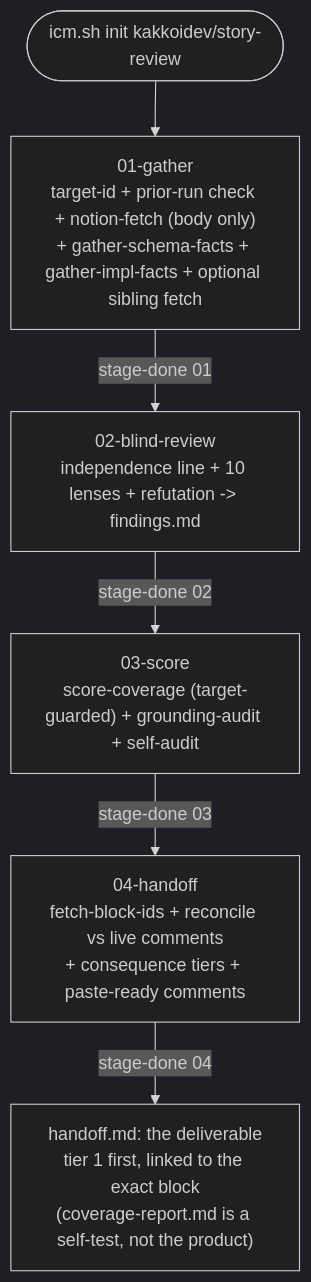
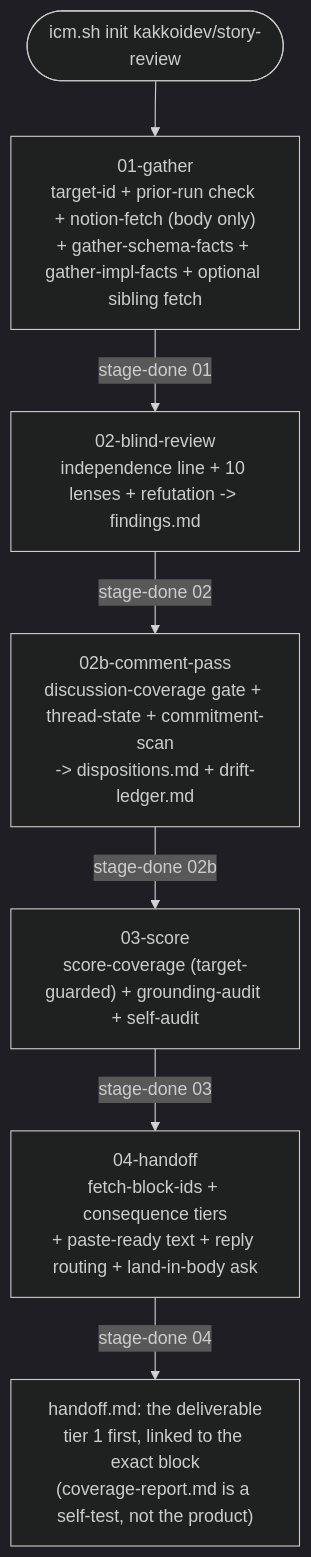
The diagram in skills/kakkoidev/story-review/SKILL.md (KakkoiDev/icm-runtime), drawn with Mermaid (dark theme) before and after one commit. The commit also changed other lines of this file and 13 other files, not shown here.

````diff
--- a/skills/kakkoidev/story-review/SKILL.md
+++ b/skills/kakkoidev/story-review/SKILL.md
@@ -124,8 +162,9 @@
 ```mermaid
 flowchart TD
     I(["icm.sh init kakkoidev/story-review"]) --> S1["01-gather<br>target-id + prior-run check + notion-fetch (body only)<br>+ gather-schema-facts + gather-impl-facts + optional sibling fetch"]
     S1 -->|"stage-done 01"| S2["02-blind-review<br>independence line + 10 lenses + refutation -> findings.md"]
-    S2 -->|"stage-done 02"| S3["03-score<br>score-coverage (target-guarded) + grounding-audit + self-audit"]
-    S3 -->|"stage-done 03"| S4["04-handoff<br>fetch-block-ids + reconcile vs live comments<br>+ consequence tiers + paste-ready comments"]
+    S2 -->|"stage-done 02"| S2B["02b-comment-pass<br>discussion-coverage gate + thread-state + commitment-scan<br>-> dispositions.md + drift-ledger.md"]
+    S2B -->|"stage-done 02b"| S3["03-score<br>score-coverage (target-guarded) + grounding-audit + self-audit"]
+    S3 -->|"stage-done 03"| S4["04-handoff<br>fetch-block-ids + consequence tiers<br>+ paste-ready text + reply routing + land-in-body ask"]
     S4 -->|"stage-done 04"| F["handoff.md: the deliverable<br>tier 1 first, linked to the exact block<br>(coverage-report.md is a self-test, not the product)"]
 ```
````
